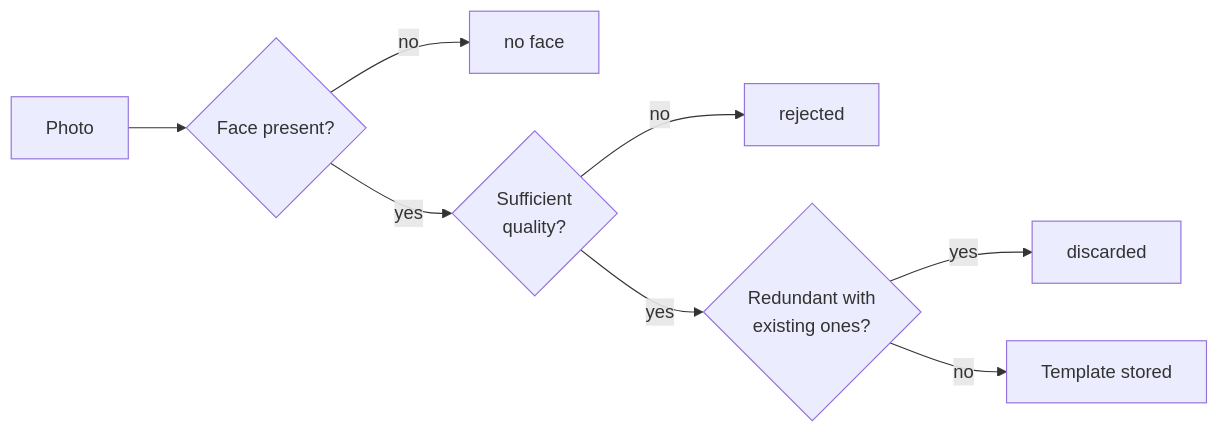
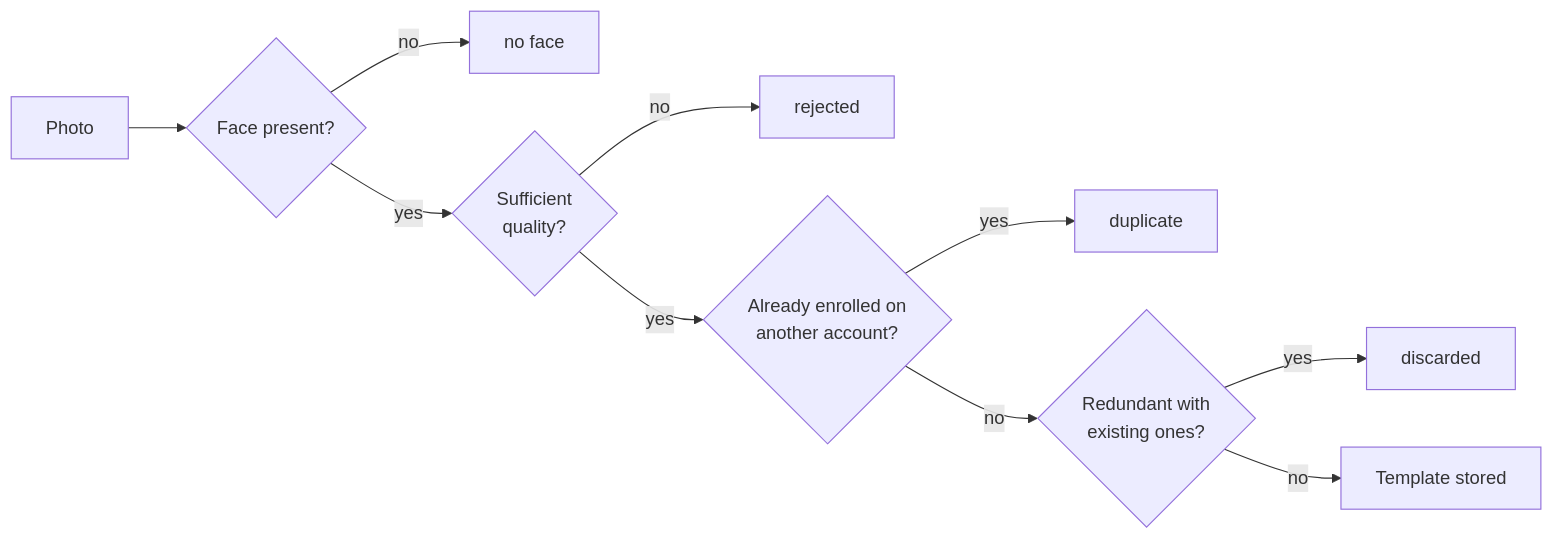
The diagram in docs/api/usuarios.en.md (AIWaveSystems/biometric-service-py), drawn with Mermaid before and after one commit. The commit also changed other lines of this file and 6 other files, not shown here.

Commit message:
docs(api): face duplicate guard and template limit

````diff
--- a/docs/api/usuarios.en.md
+++ b/docs/api/usuarios.en.md
@@ -163,10 +167,12 @@
 ```mermaid
 flowchart LR
     A[Photo] --> B{Face present?}
     B -->|no| X1[no face]
     B -->|yes| C{Sufficient<br/>quality?}
     C -->|no| X2[rejected]
-    C -->|yes| D{Redundant with<br/>existing ones?}
-    D -->|yes| X3[discarded]
-    D -->|no| E[Template stored]
+    C -->|yes| D{Already enrolled on<br/>another account?}
+    D -->|yes| X4[duplicate]
+    D -->|no| E{Redundant with<br/>existing ones?}
+    E -->|yes| X3[discarded]
+    E -->|no| F[Template stored]
 ```
````
